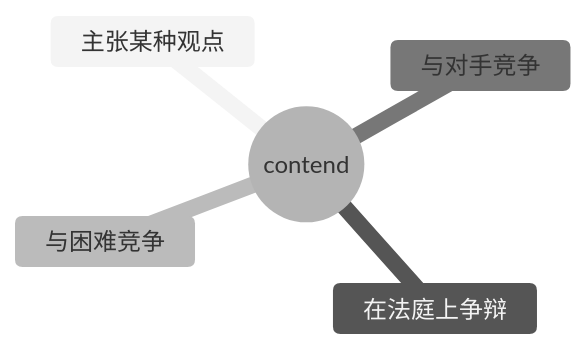
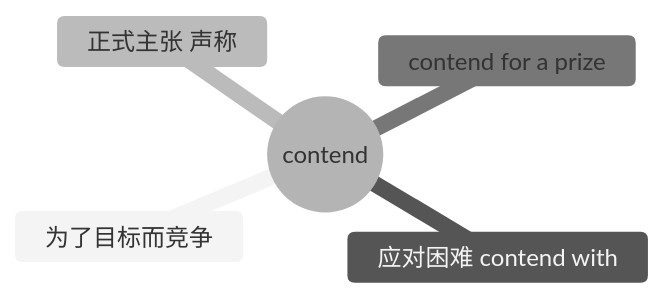
Before and after one commit to seki999/DialogueFlow: the second of 5 diagrams in slides_backup/托业单词/20260630/09.md, drawn with Mermaid (neutral theme). The commit also changed other lines of this file and 28 other files, not shown here.

````diff
--- a/slides_backup/托业单词/20260630/09.md
+++ b/slides_backup/托业单词/20260630/09.md
@@ -31,8 +33,8 @@
 ```mermaid
 mindmap
   root((contend))
-    主张某种观点
-    在法庭上争辩
-    与困难竞争
-    与对手竞争
+    为了目标而竞争
+    应对困难 contend with
+    正式主张 声称
+    contend for a prize
 ```
````
